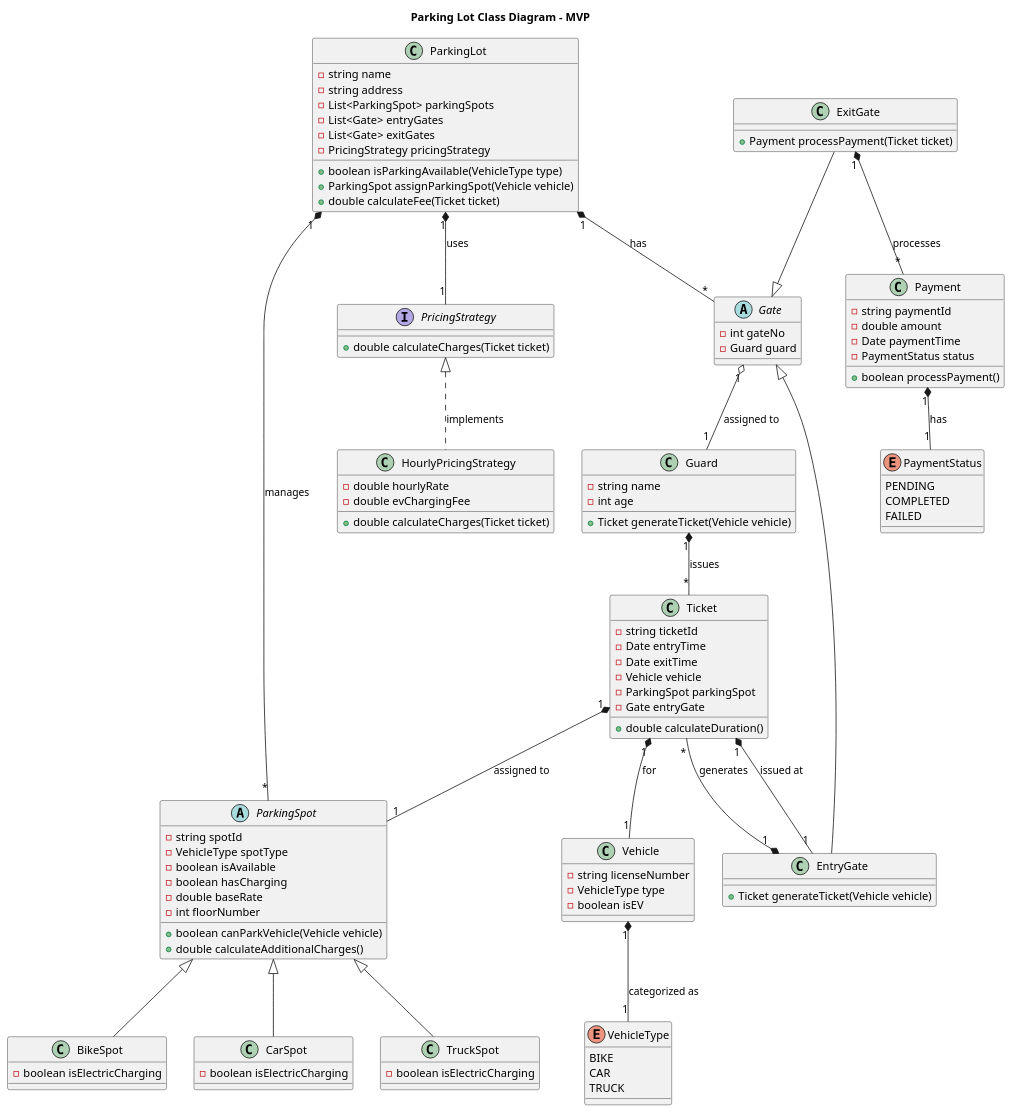
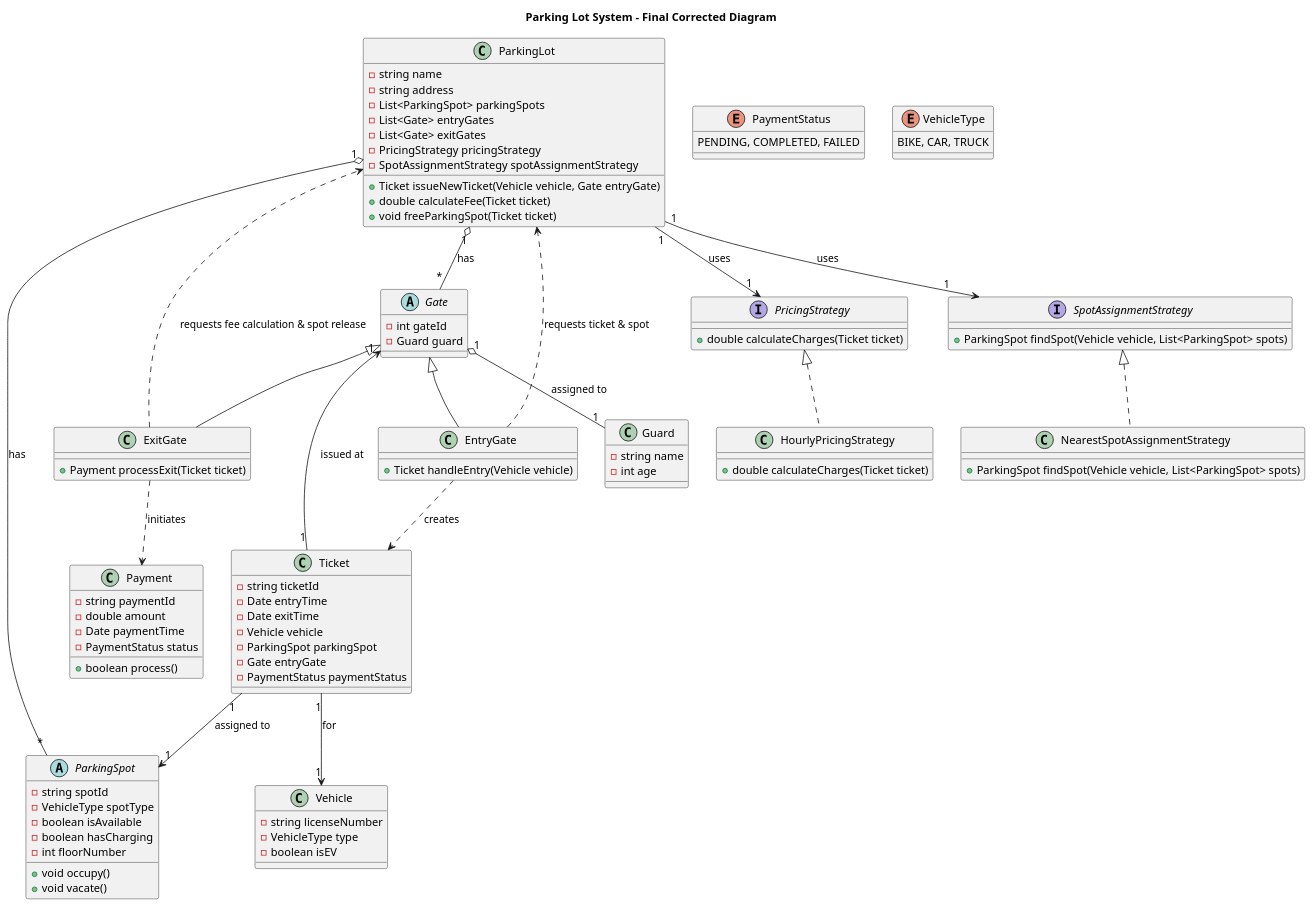
Before and after one commit to Swarnim114/parking-lot-lld: the diagram in classDiagram.puml, drawn with PlantUML. The commit also changed 23 other files, not shown here.

```diff
--- a/classDiagram.puml
+++ b/classDiagram.puml
@@ -1,131 +1,119 @@
 @startuml
-title Parking Lot Class Diagram - MVP
+title Parking Lot System - Final Corrected Diagram
+
 
 class ParkingLot {
-    - string name 
-    - string address 
+    - string name
+    - string address
     - List<ParkingSpot> parkingSpots
     - List<Gate> entryGates
-    - List<Gate> exitGates  
+    - List<Gate> exitGates
     - PricingStrategy pricingStrategy
-    + boolean isParkingAvailable(VehicleType type)
-    + ParkingSpot assignParkingSpot(Vehicle vehicle)
+    - SpotAssignmentStrategy spotAssignmentStrategy
+    + Ticket issueNewTicket(Vehicle vehicle, Gate entryGate)
     + double calculateFee(Ticket ticket)
+    + void freeParkingSpot(Ticket ticket)
 }
 
+' Gates are interfaces and depend on the ParkingLot for logic.
 abstract class Gate {
-    - int gateNo 
-    - Guard guard 
+    - int gateId
+    - Guard guard
+}
+class EntryGate extends Gate {
+    + Ticket handleEntry(Vehicle vehicle)
+}
+class ExitGate extends Gate {
+    + Payment processExit(Ticket ticket)
 }
 
-class EntryGate {
-    + Ticket generateTicket(Vehicle vehicle)
+' The Guard is a person who operates the Gate.
+class Guard {
+    - string name
+    - int age
 }
 
-class ExitGate {
-    + Payment processPayment(Ticket ticket)
-}
-
-class Guard {
-    - string name
-    - int age 
-    + Ticket generateTicket(Vehicle vehicle)
-}
-
-enum VehicleType {
-    BIKE
-    CAR
-    TRUCK
-}
-
+' Vehicle and Ticket are core data models.
 class Vehicle {
     - string licenseNumber
     - VehicleType type
     - boolean isEV
 }
-
 class Ticket {
     - string ticketId
     - Date entryTime
     - Date exitTime
     - Vehicle vehicle
     - ParkingSpot parkingSpot
     - Gate entryGate
-    + double calculateDuration()
+    - PaymentStatus paymentStatus
 }
+
 
 abstract class ParkingSpot {
     - string spotId
     - VehicleType spotType
     - boolean isAvailable
     - boolean hasCharging
-    - double baseRate
     - int floorNumber
-    + boolean canParkVehicle(Vehicle vehicle)
-    + double calculateAdditionalCharges()
+    + void occupy()
+    + void vacate()
 }
 
-class BikeSpot {
-    - boolean isElectricCharging
-}
-
-class CarSpot {
-    - boolean isElectricCharging
-}
-
-class TruckSpot {
-    - boolean isElectricCharging
-}
-
-interface PricingStrategy {
-    + double calculateCharges(Ticket ticket)
-}
-
-class HourlyPricingStrategy {
-    - double hourlyRate
-    - double evChargingFee
-    + double calculateCharges(Ticket ticket)
-}
 
 class Payment {
     - string paymentId
     - double amount
     - Date paymentTime
     - PaymentStatus status
-    + boolean processPayment()
+    + boolean process()
+}
+enum PaymentStatus {
+    PENDING, COMPLETED, FAILED
+}
+enum VehicleType {
+    BIKE, CAR, TRUCK
 }
 
-enum PaymentStatus {
-    PENDING
-    COMPLETED
-    FAILED
+' --- Strategies ---
+interface PricingStrategy {
+    + double calculateCharges(Ticket ticket)
+}
+class HourlyPricingStrategy implements PricingStrategy {
+    + double calculateCharges(Ticket ticket)
+}
+interface SpotAssignmentStrategy {
+    + ParkingSpot findSpot(Vehicle vehicle, List<ParkingSpot> spots)
+}
+class NearestSpotAssignmentStrategy implements SpotAssignmentStrategy {
+    + ParkingSpot findSpot(Vehicle vehicle, List<ParkingSpot> spots)
 }
 
-' Relationships
-ParkingLot "1" *-- "*" ParkingSpot : manages
-ParkingLot "1" *-- "*" Gate : has
-ParkingLot "1" *-- "1" PricingStrategy : uses
 
+' --- Relationships (Corrected) ---
+
+' CORRECTED: ParkingLot HAS parts, but doesn't OWN their existence -> Aggregation (o--)
+ParkingLot "1" o-- "*" ParkingSpot : has
+ParkingLot "1" o-- "*" Gate : has
+
+' CORRECTED: ParkingLot USES strategies -> Association (-->)
+ParkingLot "1" --> "1" PricingStrategy : uses
+ParkingLot "1" --> "1" SpotAssignmentStrategy : uses
+
+' A Gate has a Guard assigned to it.
 Gate "1" o-- "1" Guard : assigned to
-EntryGate --|> Gate
-ExitGate --|> Gate
 
-ParkingSpot <|-- BikeSpot
-ParkingSpot <|-- CarSpot
-ParkingSpot <|-- TruckSpot
+' CORRECTED: Ticket is associated with independent objects -> Association (-->)
+Ticket "1" --> "1" Vehicle : for
+Ticket "1" --> "1" ParkingSpot : assigned to
+Ticket "1" --> "1" Gate : issued at
 
-Ticket "1" *-- "1" Vehicle : for
-Ticket "1" *-- "1" ParkingSpot : assigned to
-Ticket "1" *-- "1" EntryGate : issued at
+' CORRECTED: Gates DEPEND on ParkingLot for core logic -> Dependency (..>)
+EntryGate ..> ParkingLot : requests ticket & spot
+ExitGate ..> ParkingLot : requests fee calculation & spot release
 
-Vehicle "1" *-- "1" VehicleType : categorized as
-
-PricingStrategy <|.. HourlyPricingStrategy : implements
-
-ExitGate "1" *-- "*" Payment : processes
-Payment "1" *-- "1" PaymentStatus : has
-
-EntryGate "1" *-- "*" Ticket : generates
-Guard "1" *-- "*" Ticket : issues
+' CORRECTED: Gates CREATE Tickets/Payments, they don't own them -> Dependency (..>)
+EntryGate ..> Ticket : creates
+ExitGate ..> Payment : initiates
 
 @enduml
```
